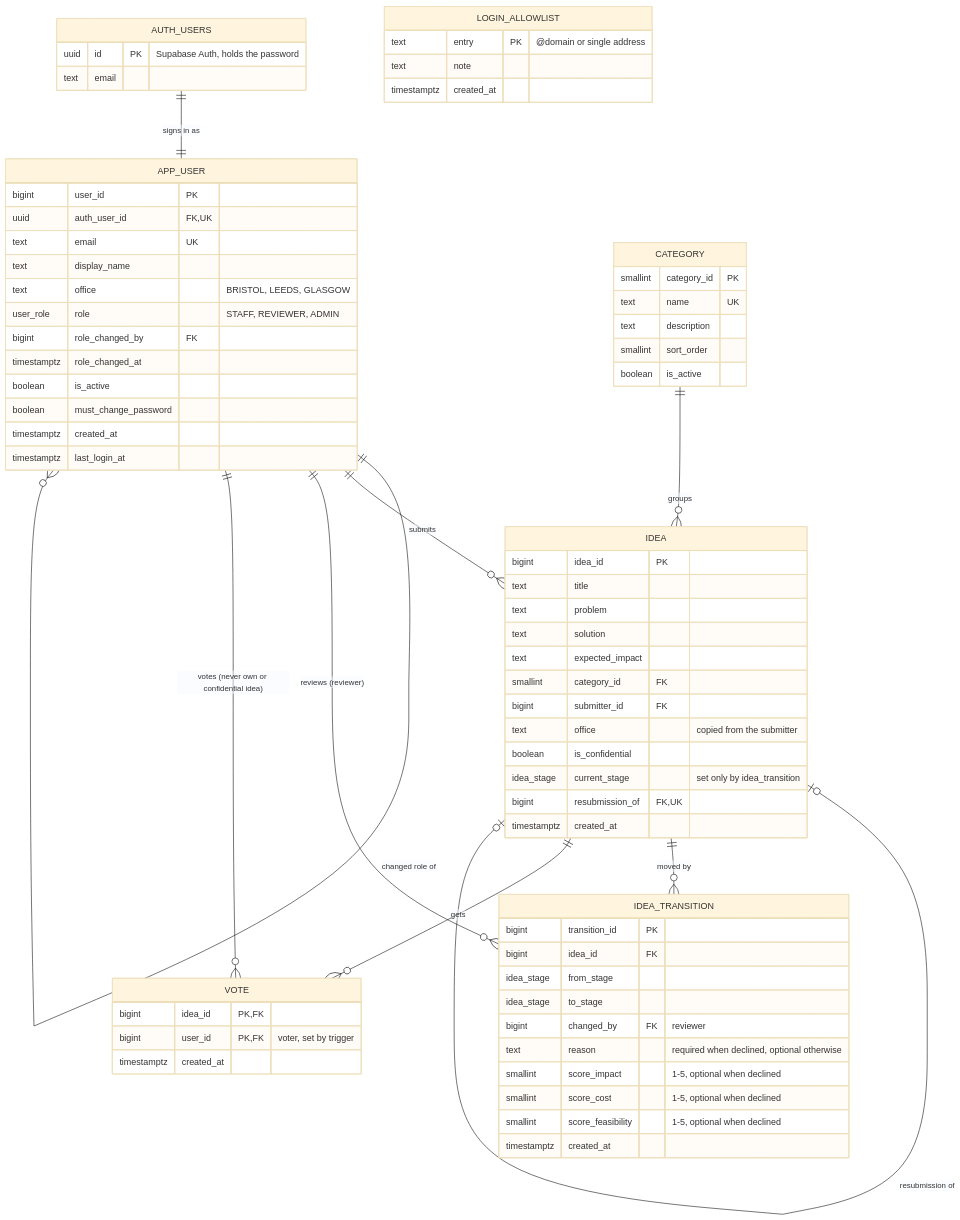
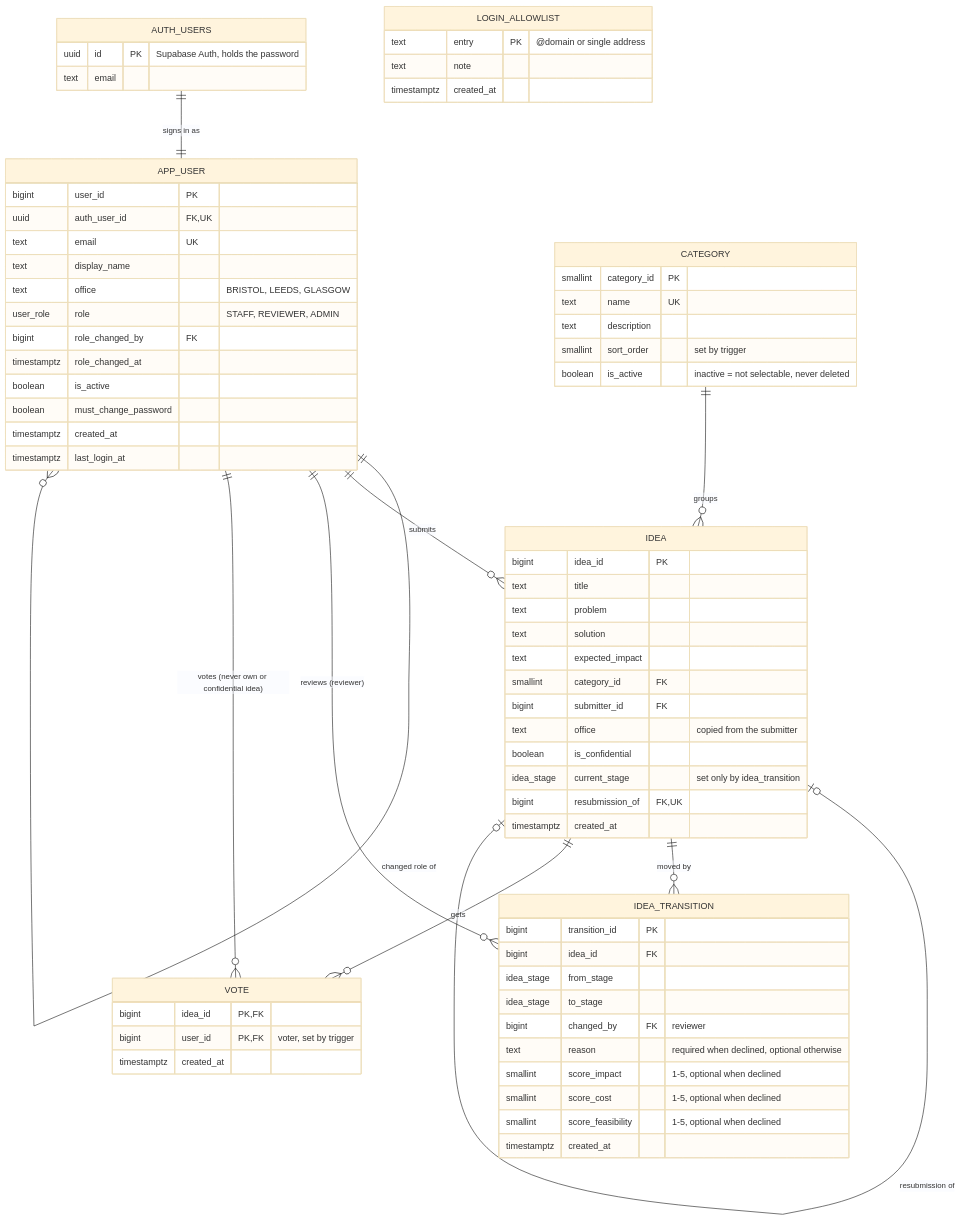
Before and after one commit to mistakanista/ideaforge: the diagram in design/DataModel/Implemented-Datamodel/dataModel.md, drawn with Mermaid (base theme). The commit also changed other lines of this file and 4 other files, not shown here.

````diff
--- a/design/DataModel/Implemented-Datamodel/dataModel.md
+++ b/design/DataModel/Implemented-Datamodel/dataModel.md
@@ -10,74 +10,74 @@
 ```mermaid
 erDiagram
     AUTH_USERS ||--|| APP_USER : "signs in as"
     APP_USER ||--o{ APP_USER : "changed role of"
     APP_USER ||--o{ IDEA : submits
     CATEGORY ||--o{ IDEA : groups
     IDEA |o--o| IDEA : "resubmission of"
     IDEA ||--o{ IDEA_TRANSITION : "moved by"
     APP_USER ||--o{ IDEA_TRANSITION : "reviews (reviewer)"
     IDEA ||--o{ VOTE : "gets"
     APP_USER ||--o{ VOTE : "votes (never own or confidential idea)"
 
     AUTH_USERS {
         uuid id PK "Supabase Auth, holds the password"
         text email
     }
     APP_USER {
         bigint user_id PK
         uuid auth_user_id FK,UK
         text email UK
         text display_name
         text office "BRISTOL, LEEDS, GLASGOW"
         user_role role "STAFF, REVIEWER, ADMIN"
         bigint role_changed_by FK
         timestamptz role_changed_at
         boolean is_active
         boolean must_change_password
         timestamptz created_at
         timestamptz last_login_at
     }
     LOGIN_ALLOWLIST {
         text entry PK "@domain or single address"
         text note
         timestamptz created_at
     }
     CATEGORY {
         smallint category_id PK
         text name UK
         text description
-        smallint sort_order
-        boolean is_active
+        smallint sort_order "set by trigger"
+        boolean is_active "inactive = not selectable, never deleted"
     }
     IDEA {
         bigint idea_id PK
         text title
         text problem
         text solution
         text expected_impact
         smallint category_id FK
         bigint submitter_id FK
         text office "copied from the submitter"
         boolean is_confidential
         idea_stage current_stage "set only by idea_transition"
         bigint resubmission_of FK,UK
         timestamptz created_at
     }
     IDEA_TRANSITION {
         bigint transition_id PK
         bigint idea_id FK
         idea_stage from_stage
         idea_stage to_stage
         bigint changed_by FK "reviewer"
         text reason "required when declined, optional otherwise"
         smallint score_impact "1-5, optional when declined"
         smallint score_cost "1-5, optional when declined"
         smallint score_feasibility "1-5, optional when declined"
         timestamptz created_at
     }
     VOTE {
         bigint idea_id PK,FK
         bigint user_id PK,FK "voter, set by trigger"
         timestamptz created_at
     }
 ```
````
